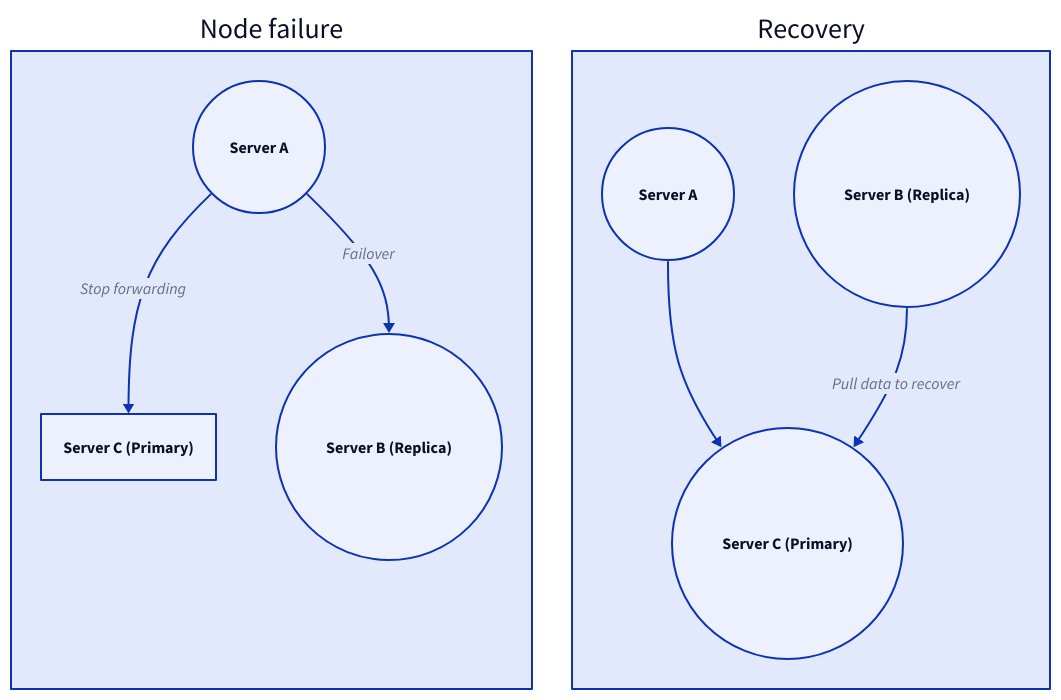
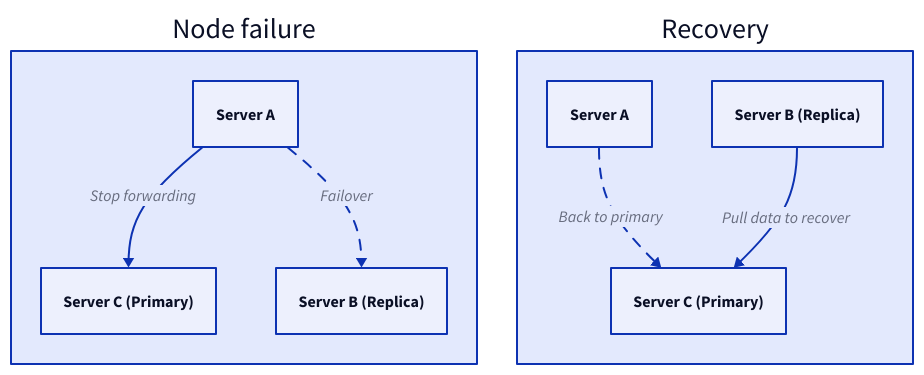
Diagram 12 of 17 in content/docs/data-persistence/distributed-database/peer-to-peer-architecture/gossip-protocol.md (link1905/system-design-101), drawn with D2 before and after one commit. The commit also changed other lines of this file and 40 other files, not shown here.

````diff
--- a/content/docs/data-persistence/distributed-database/peer-to-peer-architecture/gossip-protocol.md
+++ b/content/docs/data-persistence/distributed-database/peer-to-peer-architecture/gossip-protocol.md
@@ -402,32 +553,36 @@
 ```d2
 grid-columns: 2
 vertical-gap: 100
 e: Node failure {
    n1: Server A {
-    shape: circle
+    class: server
    }
    n2: Server C (Primary) {
     class: generic-error
    }
    n3: Server B (Replica) {
-    shape: circle
+    class: server
    }
    n1 -> n2: Stop forwarding {
     class: error-conn
    }
-   n1 -> n3: Failover
+   n1 -> n3: Failover {
+    style.animated: true
+   }
 }
 r: Recovery {
    n1: Server A {
-    shape: circle
+    class: server
    }
    n2: Server C (Primary) {
-    shape: circle
+    class: server
    }
    n3: Server B (Replica) {
-    shape: circle
+    class: server
    }
-   n1 -> n2
+   n1 -> n2: Back to primary {
+    style.animated: true
+   }
    n2 <- n3: Pull data to recover
 }
 ```
````
